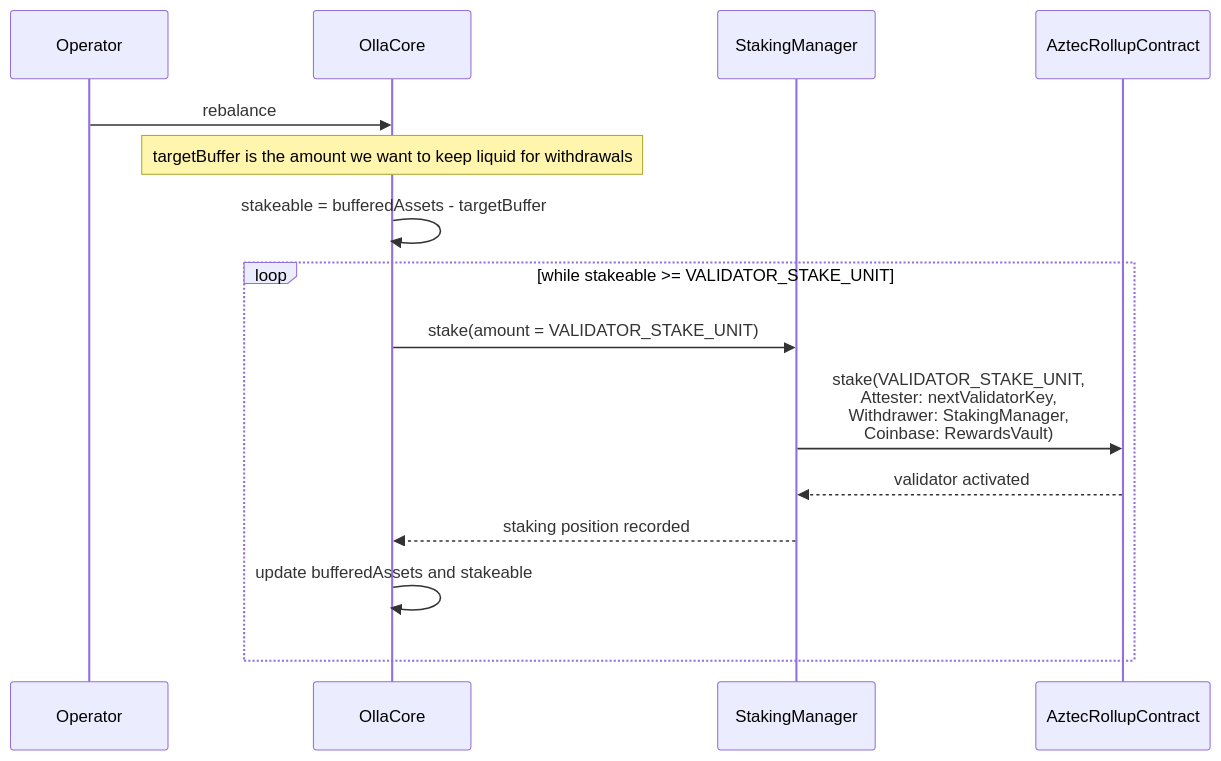
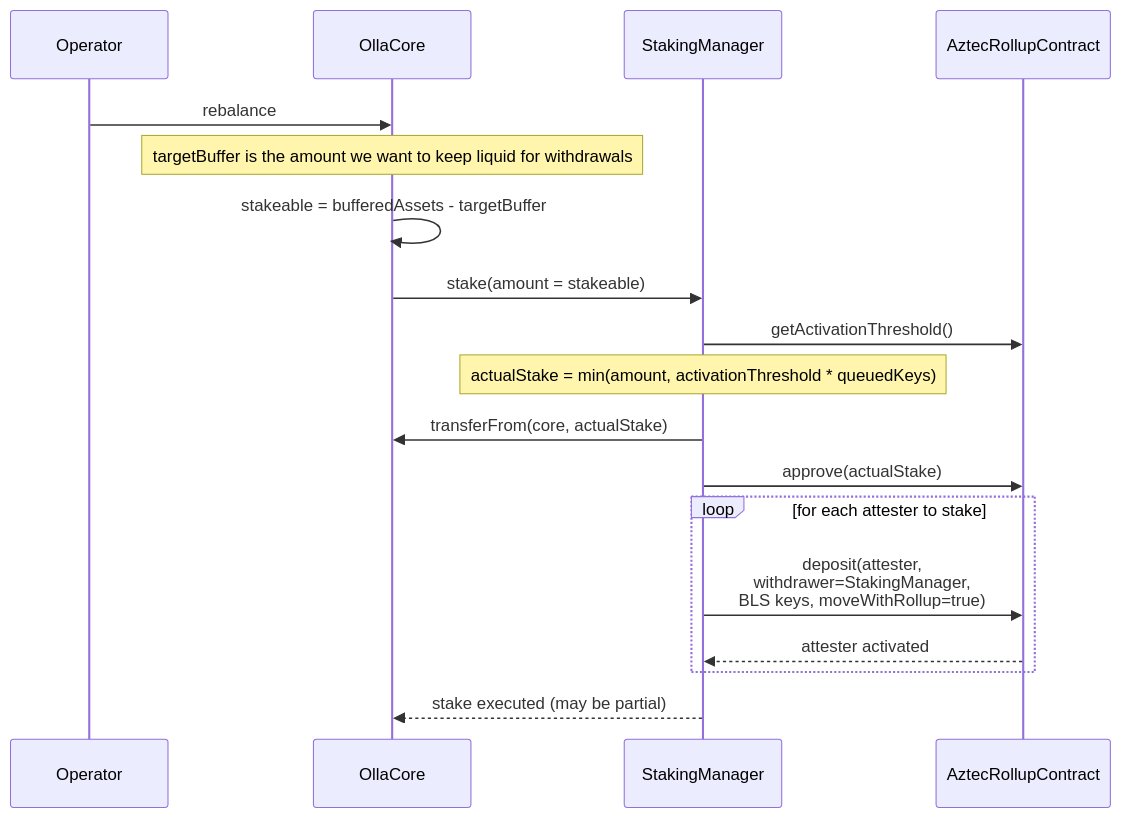
One commit to ollafinance/core changed the sixth of 7 diagrams in research/technical/architecture/flows.md. Above: the diagram before and after it, drawn with Mermaid. The commit also changed other lines of this file and 2 other files, not shown here.

Commit message:
staking manager, and some of rewards vault

````diff
--- a/research/technical/architecture/flows.md
+++ b/research/technical/architecture/flows.md
@@ -181,18 +178,21 @@
 ```mermaid
 sequenceDiagram
     participant OP as Operator
     participant C as OllaCore
     participant SR as StakingManager
     participant AR as AztecRollupContract
 
     OP->>C: rebalance
     Note over C: targetBuffer is the amount we want to keep liquid for withdrawals
     C->>C: stakeable = bufferedAssets - targetBuffer
-    loop while stakeable >= VALIDATOR_STAKE_UNIT
-        C->>SR: stake(amount = VALIDATOR_STAKE_UNIT)
-        SR->>AR: stake(VALIDATOR_STAKE_UNIT,<br/>Attester: nextValidatorKey,<br/>Withdrawer: StakingManager,<br/>Coinbase: RewardsVault)
-        AR-->>SR: validator activated
-        SR-->>C: staking position recorded
-        C->>C: update bufferedAssets and stakeable
+    C->>SR: stake(amount = stakeable)
+    SR->>AR: getActivationThreshold()
+    Note over SR: actualStake = min(amount, activationThreshold * queuedKeys)
+    SR->>C: transferFrom(core, actualStake)
+    SR->>AR: approve(actualStake)
+    loop for each attester to stake
+        SR->>AR: deposit(attester,<br/>withdrawer=StakingManager,<br/>BLS keys, moveWithRollup=true)
+        AR-->>SR: attester activated
     end
+    SR-->>C: stake executed (may be partial)
 ```
````
